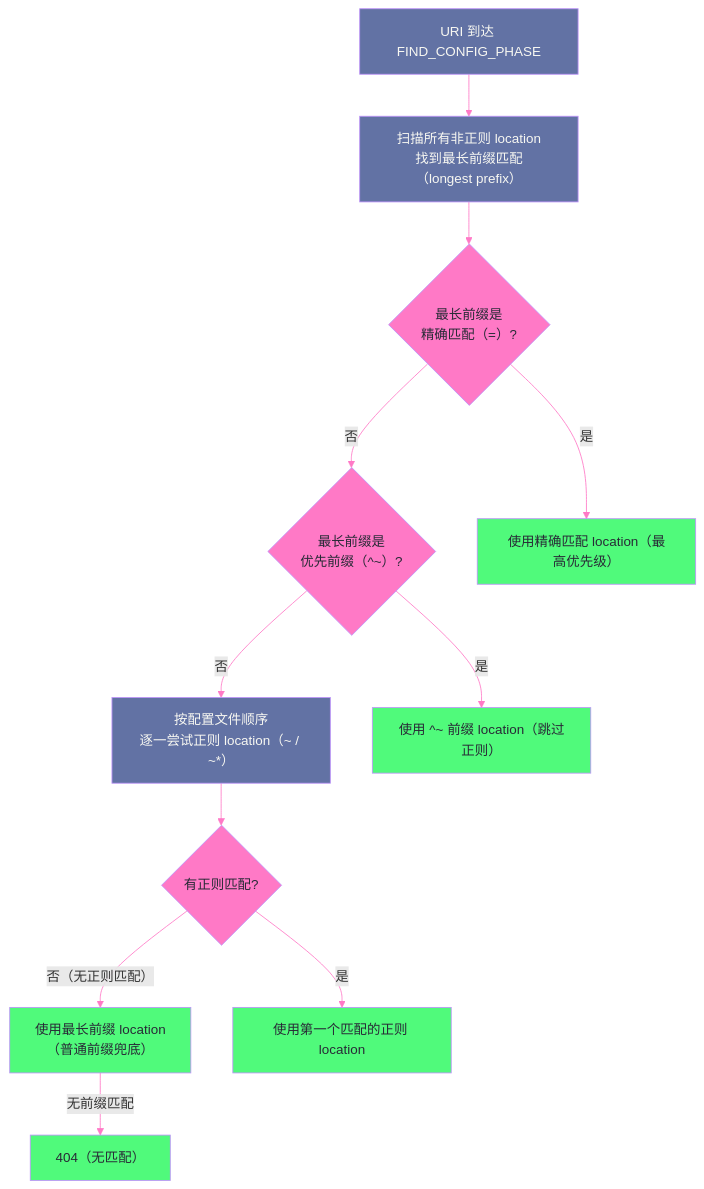
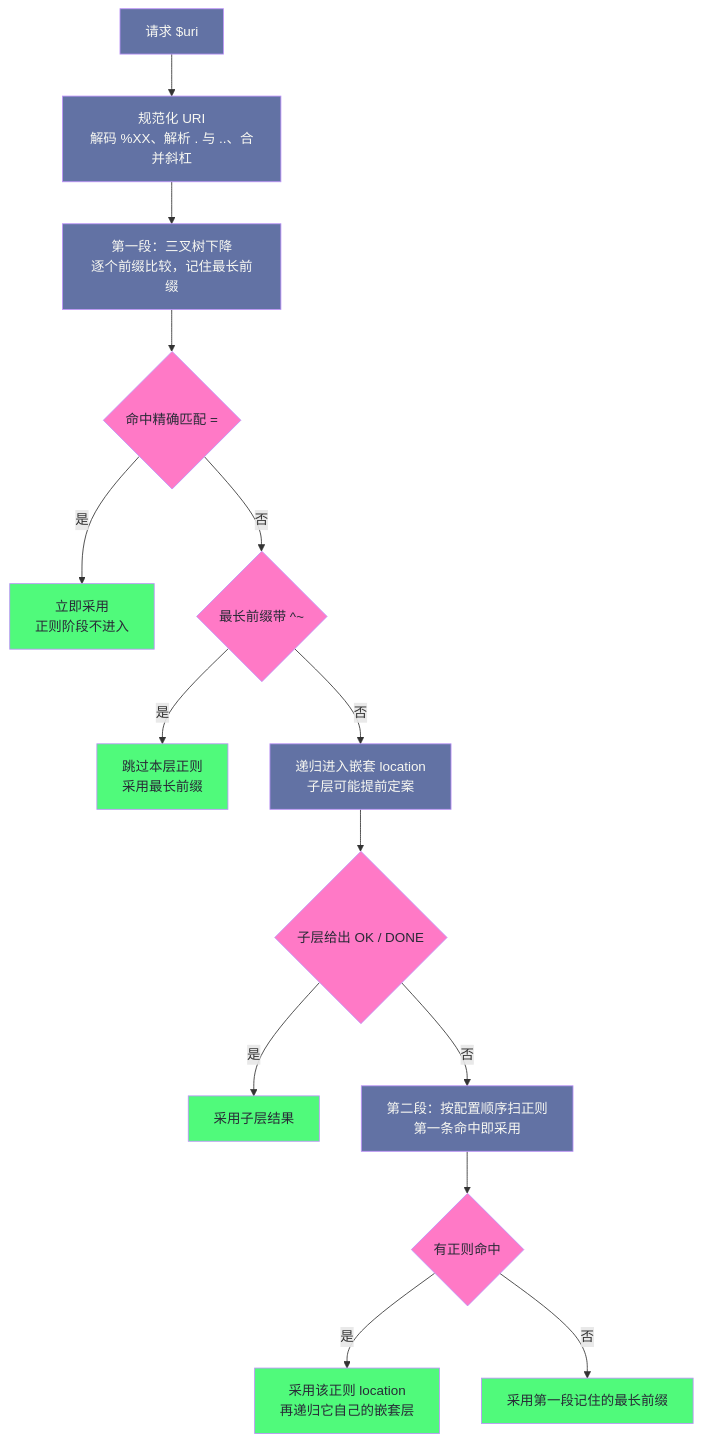
The first of 5 diagrams in content/中间件/Nginx/Nginx深度解析专栏/07 Location 匹配：优先级规则与正则引擎.md (hpliStartAgain/my-brain), drawn with Mermaid before and after one commit. The commit also changed other lines of this file and 455 other files, not shown here.

````diff
--- a/content/中间件/Nginx/Nginx深度解析专栏/07 Location 匹配：优先级规则与正则引擎.md
+++ b/content/中间件/Nginx/Nginx深度解析专栏/07 Location 匹配：优先级规则与正则引擎.md
@@ -76,33 +139,24 @@
 ```mermaid
-%%{init: {"theme": "dracula", "themeVariables": {"primaryColor": "#6272a4", "primaryTextColor": "#f8f8f2", "lineColor": "#ff79c6"}}}%%
-graph TD
-    START["URI 到达 FIND_CONFIG_PHASE"]
-    SCAN["扫描所有非正则 location</br>找到最长前缀匹配（longest prefix）"]
-    EXACT{"最长前缀是</br>精确匹配（=）?"}
-    PRIORITY{"最长前缀是</br>优先前缀（^~）?"}
-    REGEX["按配置文件顺序</br>逐一尝试正则 location（~ / ~*）"]
-    REGEX_HIT{"有正则匹配?"}
-    USE_PREFIX["使用最长前缀 location</br>（普通前缀兜底）"]
-    USE_EXACT["使用精确匹配 location（最高优先级）"]
-    USE_PRIORITY["使用 ^~ 前缀 location（跳过正则）"]
-    USE_REGEX["使用第一个匹配的正则 location"]
-    NO_MATCH["404（无匹配）"]
+%%{init: {'theme': 'dracula'}}%%
+flowchart TD
+    A["请求 $uri"] --> B["规范化 URI<br/>解码 %XX、解析 . 与 ..、合并斜杠"]
+    B --> C["第一段：三叉树下降<br/>逐个前缀比较，记住最长前缀"]
+    C --> D{"命中精确匹配 ="}
+    D -->|"是"| E["立即采用<br/>正则阶段不进入"]
+    D -->|"否"| F{"最长前缀带 ^~"}
+    F -->|"是"| G["跳过本层正则<br/>采用最长前缀"]
+    F -->|"否"| H["递归进入嵌套 location<br/>子层可能提前定案"]
+    H --> I{"子层给出 OK / DONE"}
+    I -->|"是"| J["采用子层结果"]
+    I -->|"否"| K["第二段：按配置顺序扫正则<br/>第一条命中即采用"]
+    K --> L{"有正则命中"}
+    L -->|"是"| M["采用该正则 location<br/>再递归它自己的嵌套层"]
+    L -->|"否"| N["采用第一段记住的最长前缀"]
 
-    START --> SCAN
-    SCAN --> EXACT
-    EXACT -->|"是"| USE_EXACT
-    EXACT -->|"否"| PRIORITY
-    PRIORITY -->|"是"| USE_PRIORITY
-    PRIORITY -->|"否"| REGEX
-    REGEX --> REGEX_HIT
-    REGEX_HIT -->|"是"| USE_REGEX
-    REGEX_HIT -->|"否（无正则匹配）"| USE_PREFIX
-    USE_PREFIX -->|"无前缀匹配"| NO_MATCH
-
-    classDef decision fill:#ff79c6,stroke:#bd93f9,color:#282a36
+    classDef step fill:#6272a4,stroke:#bd93f9,color:#f8f8f2
+    classDef decide fill:#ff79c6,stroke:#bd93f9,color:#282a36
     classDef result fill:#50fa7b,stroke:#bd93f9,color:#282a36
-    classDef process fill:#6272a4,stroke:#bd93f9,color:#f8f8f2
-    class EXACT,PRIORITY,REGEX_HIT decision
-    class USE_EXACT,USE_PRIORITY,USE_REGEX,USE_PREFIX,NO_MATCH result
-    class START,SCAN,REGEX process
+    class A,B,C,H,K step
+    class D,F,I,L decide
+    class E,G,J,M,N result
 ```
````
